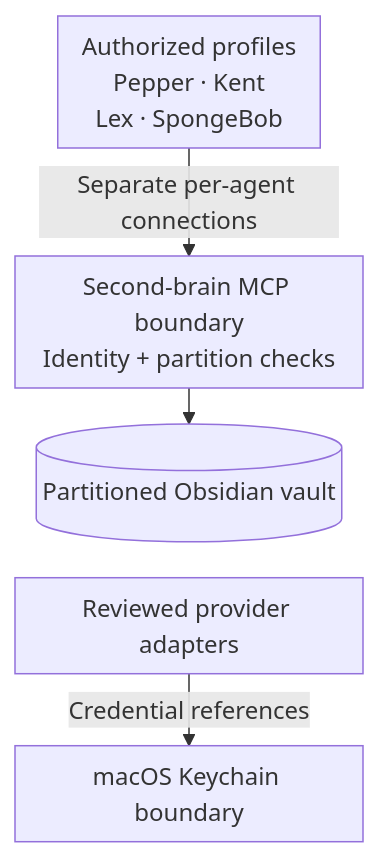
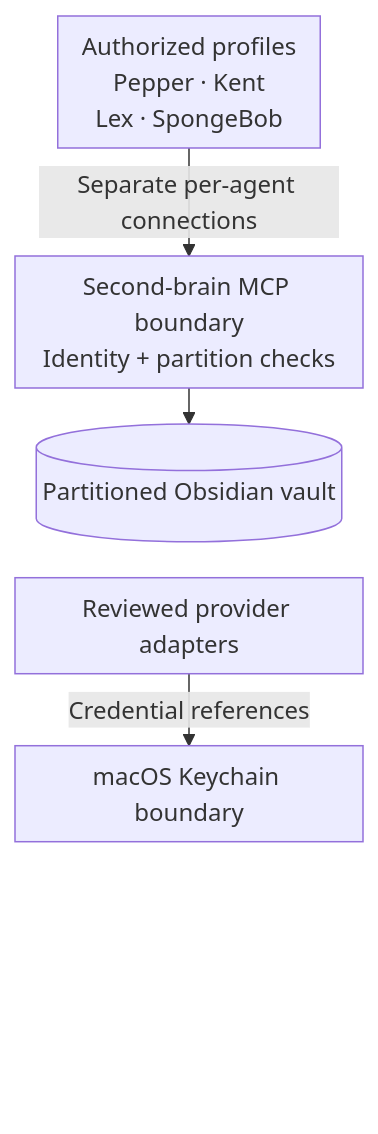
The second of 4 diagrams in docs/architecture.md (kartikhth-byte/AI-Workforce-Showcase), drawn with Mermaid before and after one commit. The commit also changed other lines of this file and 2 other files, not shown here.

Commit message:
Keep GitHub diagram controls clear of content

````diff
--- a/docs/architecture.md
+++ b/docs/architecture.md
@@ -29,15 +32,18 @@
 ```mermaid
 ---
 config:
   flowchart:
     nodeSpacing: 12
     rankSpacing: 24
     padding: 8
 ---
 flowchart TD
     H[Authorized profiles<br/>Pepper · Kent<br/>Lex · SpongeBob]
     H -->|Separate per-agent connections| M[Second-brain MCP boundary<br/>Identity + partition checks]
     M --> V[(Partitioned Obsidian vault)]
     V ~~~ R
     R[Reviewed provider adapters] -->|Credential references| K[macOS Keychain boundary]
+    %% Blank footer keeps GitHub pan/zoom controls clear of content.
+    K ~~~ footer["<br/><br/><br/><br/><br/><br/>"]
+    style footer fill:transparent,stroke:transparent,color:transparent
 ```
````
